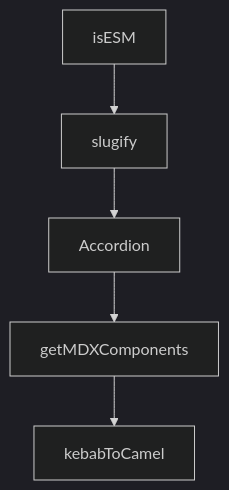
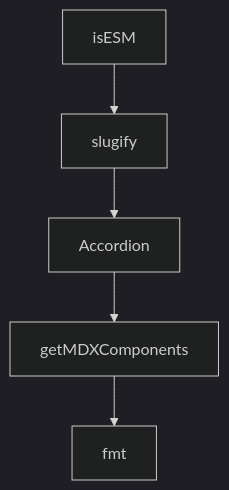
The diagram in tutorials/composio-tutorial/01-getting-started.md (johnxie/awesome-code-docs), drawn with Mermaid (dark theme) before and after one commit. The commit also changed other lines of this file and 1232 other files, not shown here.

````diff
--- a/tutorials/composio-tutorial/01-getting-started.md
+++ b/tutorials/composio-tutorial/01-getting-started.md
@@ -222,12 +220,12 @@
 ```mermaid
 flowchart TD
     A[isESM]
     B[slugify]
     C[Accordion]
     D[getMDXComponents]
-    E[kebabToCamel]
+    E[fmt]
     A --> B
     B --> C
     C --> D
     D --> E
 ```
````
